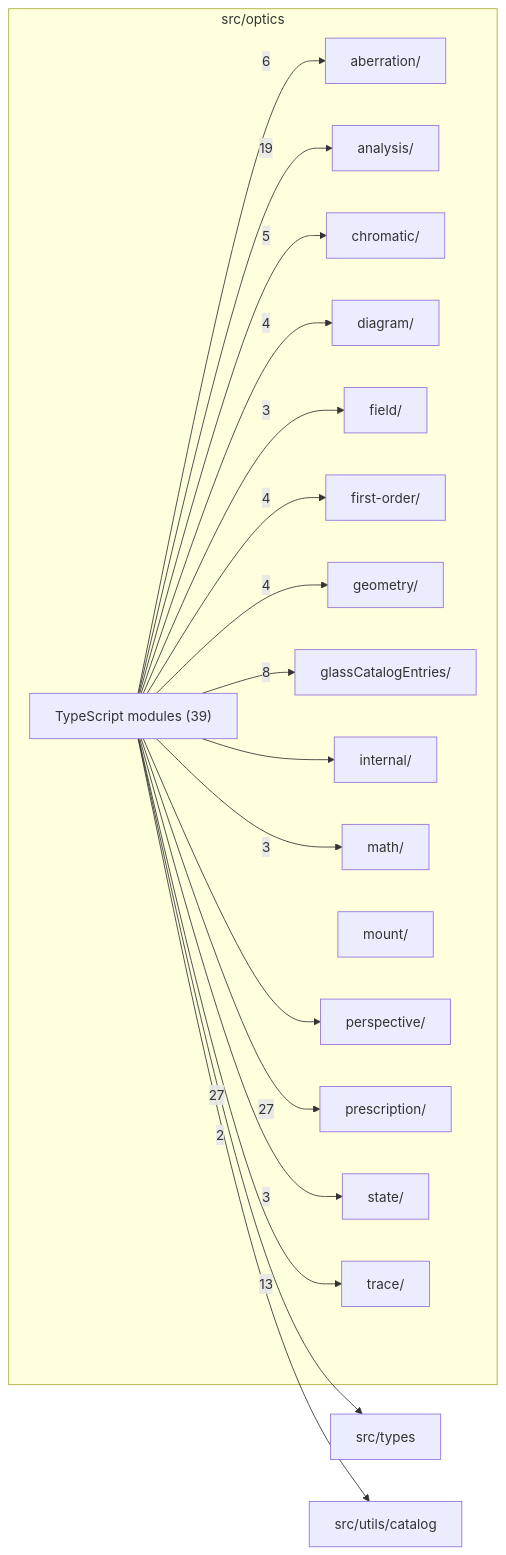
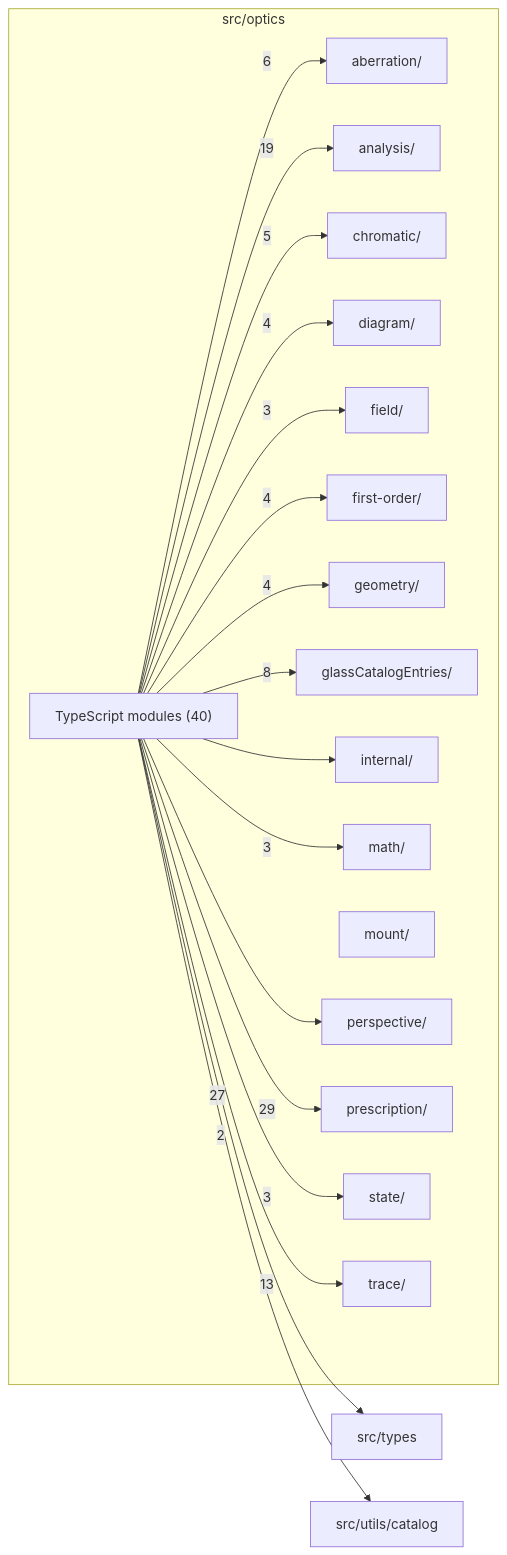
Before and after one commit to BeamFour/LensVisualizer: the diagram in src/optics/readme.md, drawn with Mermaid. The commit also changed other lines of this file and 36 other files, not shown here.

````diff
--- a/src/optics/readme.md
+++ b/src/optics/readme.md
@@ -9,39 +9,39 @@
 ```mermaid
 flowchart LR
   subgraph n_src_optics["src/optics"]
     n_src_optics_src_optics_aberration["aberration/"]
     n_src_optics_src_optics_analysis["analysis/"]
     n_src_optics_src_optics_chromatic["chromatic/"]
     n_src_optics_src_optics_diagram["diagram/"]
     n_src_optics_src_optics_field["field/"]
     n_src_optics_src_optics_first_order["first-order/"]
     n_src_optics_src_optics_geometry["geometry/"]
     n_src_optics_src_optics_glassCatalogEntries["glassCatalogEntries/"]
     n_src_optics_src_optics_internal["internal/"]
     n_src_optics_src_optics_math["math/"]
     n_src_optics_src_optics_mount["mount/"]
     n_src_optics_src_optics_perspective["perspective/"]
     n_src_optics_src_optics_prescription["prescription/"]
     n_src_optics_src_optics_state["state/"]
     n_src_optics_src_optics_trace["trace/"]
-    n_src_optics_TypeScript_modules["TypeScript modules (39)"]
+    n_src_optics_TypeScript_modules["TypeScript modules (40)"]
   end
   n_external_src_types["src/types"]
   n_external_src_utils_catalog["src/utils/catalog"]
+  n_src_optics_TypeScript_modules --> |29| n_src_optics_src_optics_prescription
   n_src_optics_TypeScript_modules --> |27| n_external_src_types
-  n_src_optics_TypeScript_modules --> |27| n_src_optics_src_optics_prescription
   n_src_optics_TypeScript_modules --> |19| n_src_optics_src_optics_analysis
   n_src_optics_TypeScript_modules --> |13| n_src_optics_src_optics_trace
   n_src_optics_TypeScript_modules --> |8| n_src_optics_src_optics_glassCatalogEntries
   n_src_optics_TypeScript_modules --> |6| n_src_optics_src_optics_aberration
   n_src_optics_TypeScript_modules --> |5| n_src_optics_src_optics_chromatic
   n_src_optics_TypeScript_modules --> |4| n_src_optics_src_optics_diagram
   n_src_optics_TypeScript_modules --> |4| n_src_optics_src_optics_first_order
   n_src_optics_TypeScript_modules --> |4| n_src_optics_src_optics_geometry
   n_src_optics_TypeScript_modules --> |3| n_src_optics_src_optics_field
   n_src_optics_TypeScript_modules --> |3| n_src_optics_src_optics_math
   n_src_optics_TypeScript_modules --> |3| n_src_optics_src_optics_state
   n_src_optics_TypeScript_modules --> |2| n_external_src_utils_catalog
   n_src_optics_TypeScript_modules --> n_src_optics_src_optics_internal
   n_src_optics_TypeScript_modules --> n_src_optics_src_optics_perspective
 ```
````
